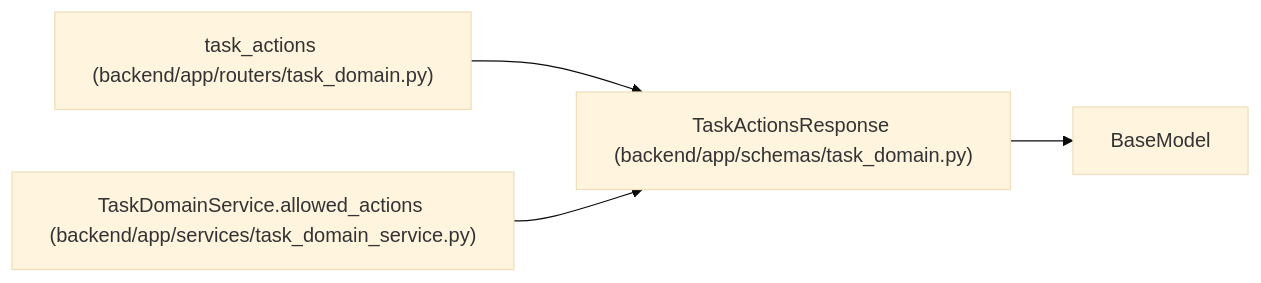
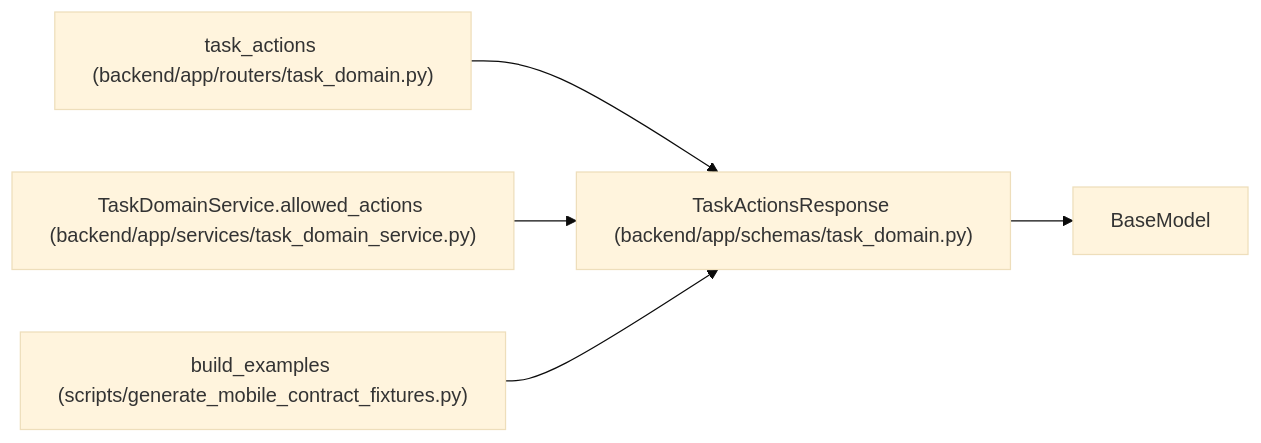
Before and after one commit to Denissvgn/WorkChord: the diagram in docs/llm_wiki/entities/TaskActionsResponse.md, drawn with Mermaid (base theme). The commit also changed other lines of this file and 6624 other files, not shown here.

````diff
--- a/docs/llm_wiki/entities/TaskActionsResponse.md
+++ b/docs/llm_wiki/entities/TaskActionsResponse.md
@@ -30,13 +30,16 @@
 ```mermaid
 flowchart LR
     n0["TaskActionsResponse (backend/app/schemas/task_domain.py)"]
     n1["BaseModel"]
     n2["task_actions (backend/app/routers/task_domain.py)"]
     n3["TaskDomainService.allowed_actions (backend/app/services/task_domain_service.py)"]
+    n4["build_examples (scripts/generate_mobile_contract_fixtures.py)"]
     n0 --> n1
     n2 --> n0
     n3 --> n0
+    n4 --> n0
     click n0 "../modules/schemas_task_domain.md"
     click n2 "../modules/routers_task_domain.md"
     click n3 "../modules/task_domain_service.md"
+    click n4 "../modules/generate_mobile_contract_fixtures.md"
 ```
````
